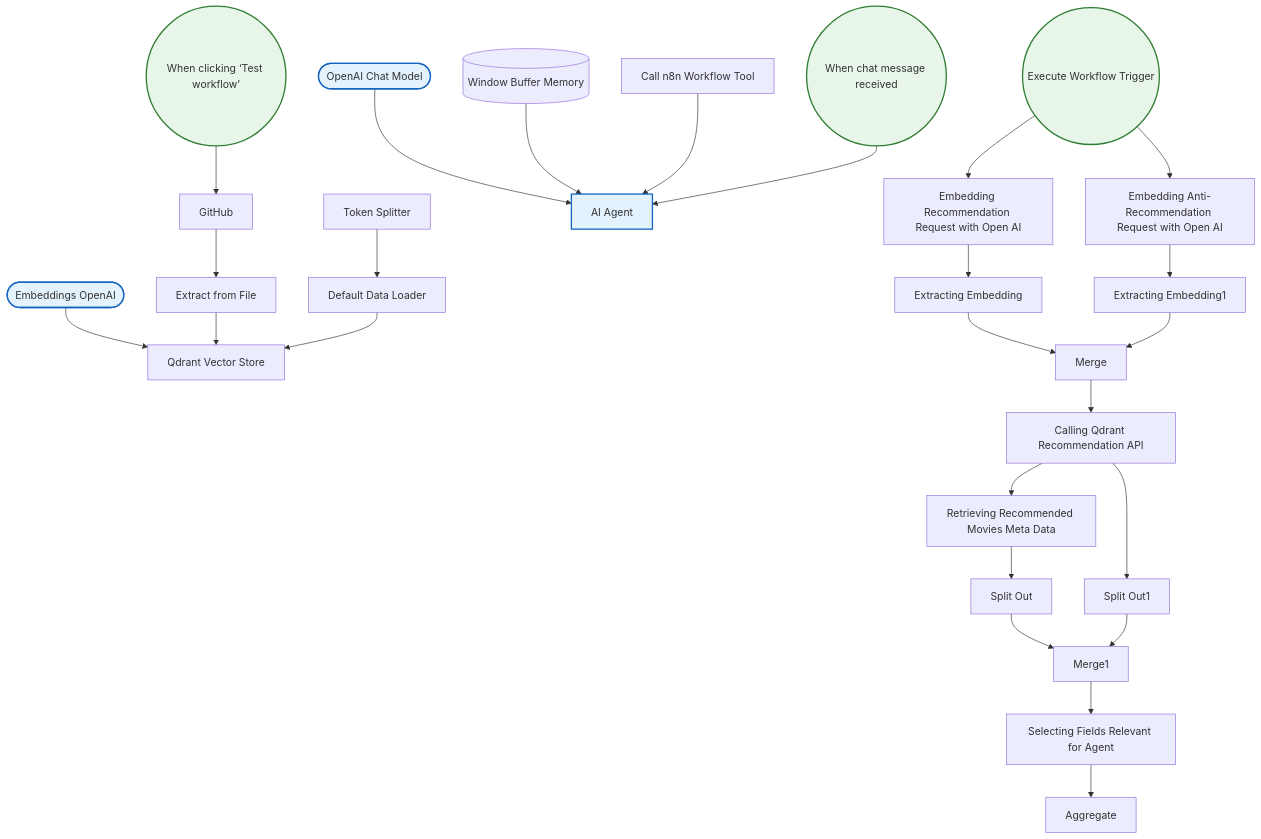
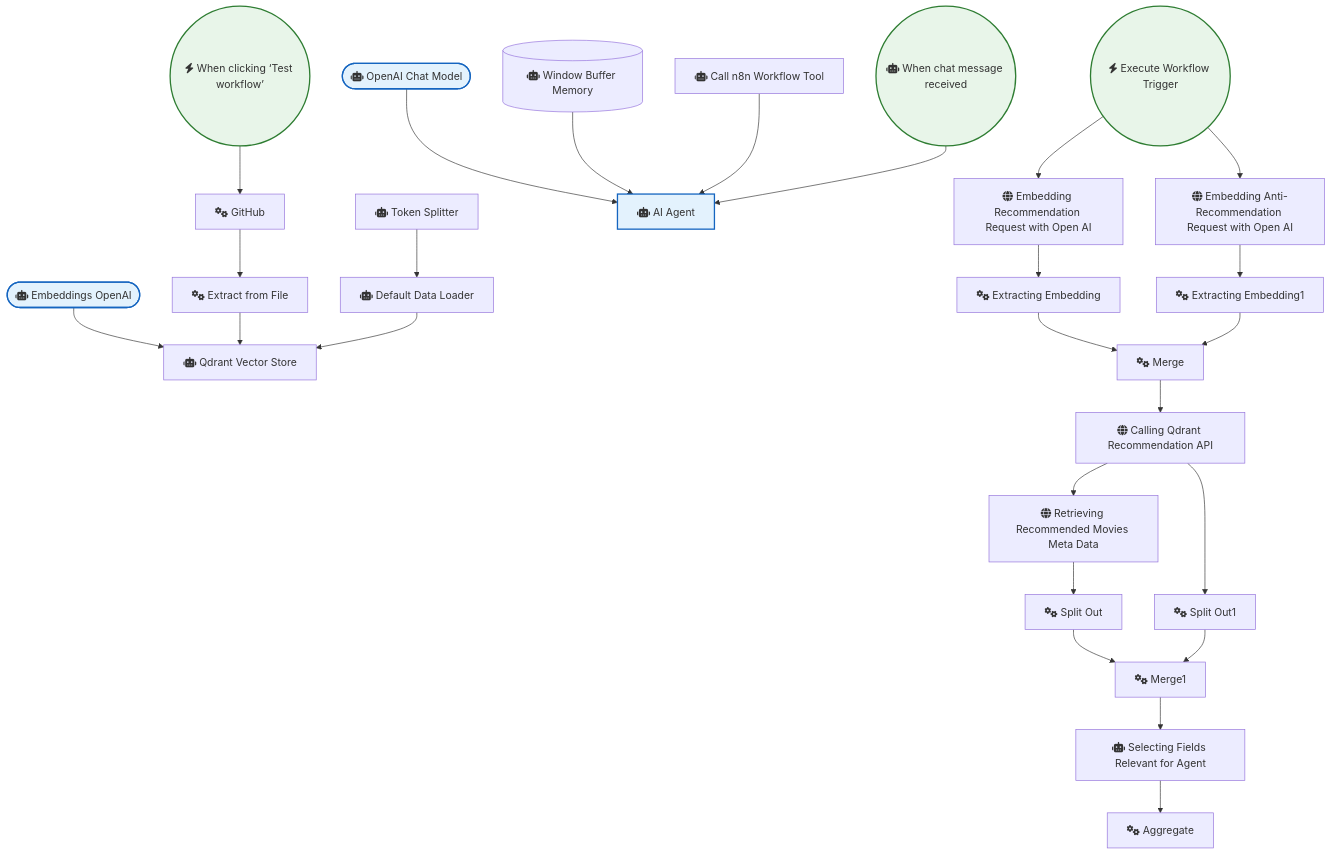
The diagram in AI_Research_RAG_and_Data_Analysis/Building RAG Chatbot for Movie Recommendations with Qdrant and Open AI.md (sreyash3105/N8N-DEMO-AUTOMATIONS), drawn with Mermaid before and after one commit. The commit also changed 291 other files, not shown here.

````diff
--- a/AI_Research_RAG_and_Data_Analysis/Building RAG Chatbot for Movie Recommendations with Qdrant and Open AI.md
+++ b/AI_Research_RAG_and_Data_Analysis/Building RAG Chatbot for Movie Recommendations with Qdrant and Open AI.md
@@ -1,57 +1,57 @@
 ```mermaid
 graph TD
     classDef trigger fill:#e8f5e9,stroke:#2e7d32,stroke-width:2px;
     classDef ai fill:#e3f2fd,stroke:#1565c0,stroke-width:2px;
     classDef logic fill:#fff3e0,stroke:#ef6c00,stroke-width:2px;
 
-    When_clicking__Test_workflow_(("When clicking ‘Test workflow’")):::trigger
-    GitHub["GitHub"]
-    Extract_from_File["Extract from File"]
-    Embeddings_OpenAI(["Embeddings OpenAI"]):::ai
-    Default_Data_Loader["Default Data Loader"]
-    Token_Splitter["Token Splitter"]
-    Qdrant_Vector_Store["Qdrant Vector Store"]
-    When_chat_message_received(("When chat message received")):::trigger
-    OpenAI_Chat_Model(["OpenAI Chat Model"]):::ai
-    Call_n8n_Workflow_Tool["Call n8n Workflow Tool"]
-    Window_Buffer_Memory[("Window Buffer Memory")]
-    Execute_Workflow_Trigger(("Execute Workflow Trigger")):::trigger
-    Merge["Merge"]
-    Split_Out["Split Out"]
-    Split_Out1["Split Out1"]
-    Merge1["Merge1"]
-    Aggregate["Aggregate"]
-    AI_Agent["AI Agent"]:::ai
-    Embedding_Recommendation_Request_with_Open_AI["Embedding Recommendation Request with Open AI"]
-    Embedding_Anti_Recommendation_Request_with_Open_AI["Embedding Anti-Recommendation Request with Open AI"]
-    Extracting_Embedding["Extracting Embedding"]
-    Extracting_Embedding1["Extracting Embedding1"]
-    Calling_Qdrant_Recommendation_API["Calling Qdrant Recommendation API"]
-    Retrieving_Recommended_Movies_Meta_Data["Retrieving Recommended Movies Meta Data"]
-    Selecting_Fields_Relevant_for_Agent["Selecting Fields Relevant for Agent"]
+    When_clicking__Test_workflow_(("fas:fa-bolt When clicking ‘Test workflow’")):::trigger
+    GitHub["fas:fa-cogs GitHub"]
+    Extract_from_File["fas:fa-cogs Extract from File"]
+    Embeddings_OpenAI(["fas:fa-robot Embeddings OpenAI"]):::ai
+    Default_Data_Loader["fas:fa-robot Default Data Loader"]
+    Token_Splitter["fas:fa-robot Token Splitter"]
+    Qdrant_Vector_Store["fas:fa-robot Qdrant Vector Store"]
+    When_chat_message_received(("fas:fa-robot When chat message received")):::trigger
+    OpenAI_Chat_Model(["fas:fa-robot OpenAI Chat Model"]):::ai
+    Call_n8n_Workflow_Tool["fas:fa-robot Call n8n Workflow Tool"]
+    Window_Buffer_Memory[("fas:fa-robot Window Buffer Memory")]
+    Execute_Workflow_Trigger(("fas:fa-bolt Execute Workflow Trigger")):::trigger
+    Merge["fas:fa-cogs Merge"]
+    Split_Out["fas:fa-cogs Split Out"]
+    Split_Out1["fas:fa-cogs Split Out1"]
+    Merge1["fas:fa-cogs Merge1"]
+    Aggregate["fas:fa-cogs Aggregate"]
+    AI_Agent["fas:fa-robot AI Agent"]:::ai
+    Embedding_Recommendation_Request_with_Open_AI["fas:fa-globe Embedding Recommendation Request with Open AI"]
+    Embedding_Anti_Recommendation_Request_with_Open_AI["fas:fa-globe Embedding Anti-Recommendation Request with Open AI"]
+    Extracting_Embedding["fas:fa-cogs Extracting Embedding"]
+    Extracting_Embedding1["fas:fa-cogs Extracting Embedding1"]
+    Calling_Qdrant_Recommendation_API["fas:fa-globe Calling Qdrant Recommendation API"]
+    Retrieving_Recommended_Movies_Meta_Data["fas:fa-globe Retrieving Recommended Movies Meta Data"]
+    Selecting_Fields_Relevant_for_Agent["fas:fa-robot Selecting Fields Relevant for Agent"]
 
     Merge --> Calling_Qdrant_Recommendation_API
     GitHub --> Extract_from_File
     Merge1 --> Selecting_Fields_Relevant_for_Agent
     Split_Out --> Merge1
     Split_Out1 --> Merge1
     Token_Splitter --> Default_Data_Loader
     Embeddings_OpenAI --> Qdrant_Vector_Store
     Extract_from_File --> Qdrant_Vector_Store
     OpenAI_Chat_Model --> AI_Agent
     Default_Data_Loader --> Qdrant_Vector_Store
     Extracting_Embedding --> Merge
     Window_Buffer_Memory --> AI_Agent
     Extracting_Embedding1 --> Merge
     Call_n8n_Workflow_Tool --> AI_Agent
     Execute_Workflow_Trigger --> Embedding_Recommendation_Request_with_Open_AI
     Execute_Workflow_Trigger --> Embedding_Anti_Recommendation_Request_with_Open_AI
     When_chat_message_received --> AI_Agent
     Calling_Qdrant_Recommendation_API --> Retrieving_Recommended_Movies_Meta_Data
     Calling_Qdrant_Recommendation_API --> Split_Out1
     When_clicking__Test_workflow_ --> GitHub
     Selecting_Fields_Relevant_for_Agent --> Aggregate
     Retrieving_Recommended_Movies_Meta_Data --> Split_Out
     Embedding_Recommendation_Request_with_Open_AI --> Extracting_Embedding
     Embedding_Anti_Recommendation_Request_with_Open_AI --> Extracting_Embedding1
 ```
````
